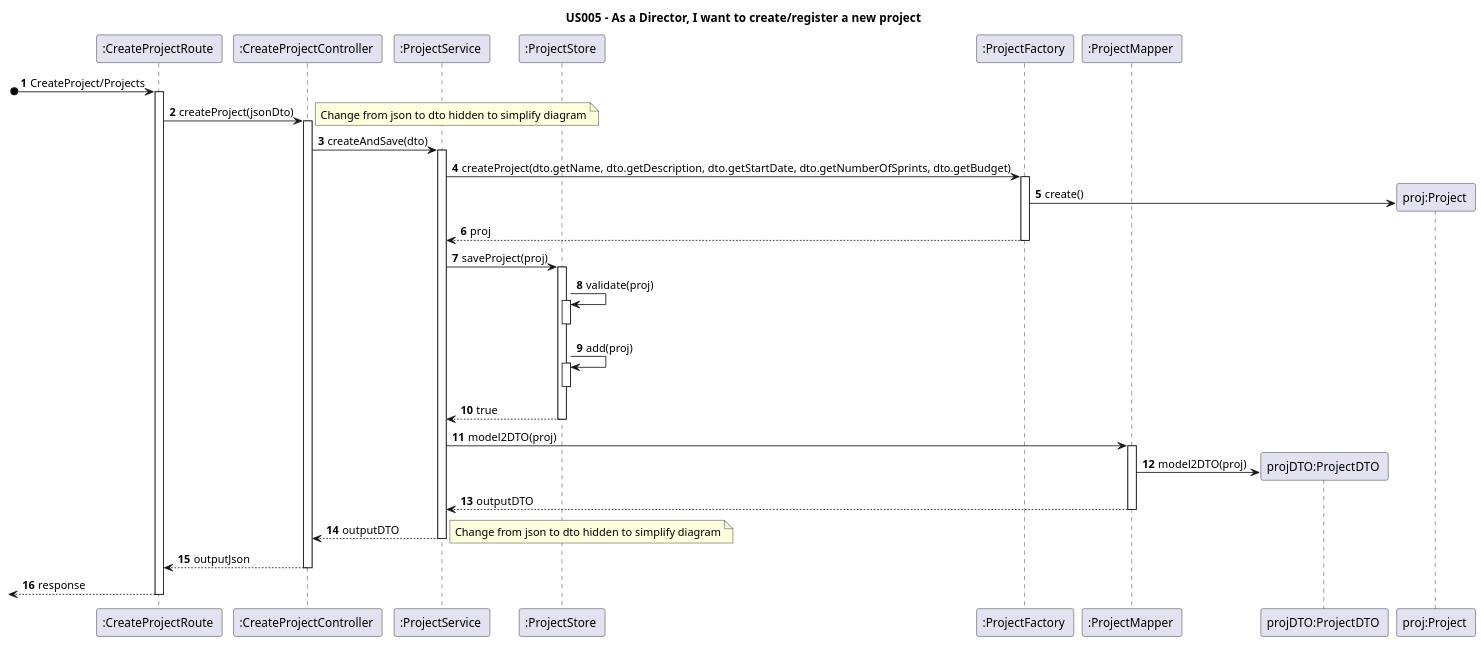
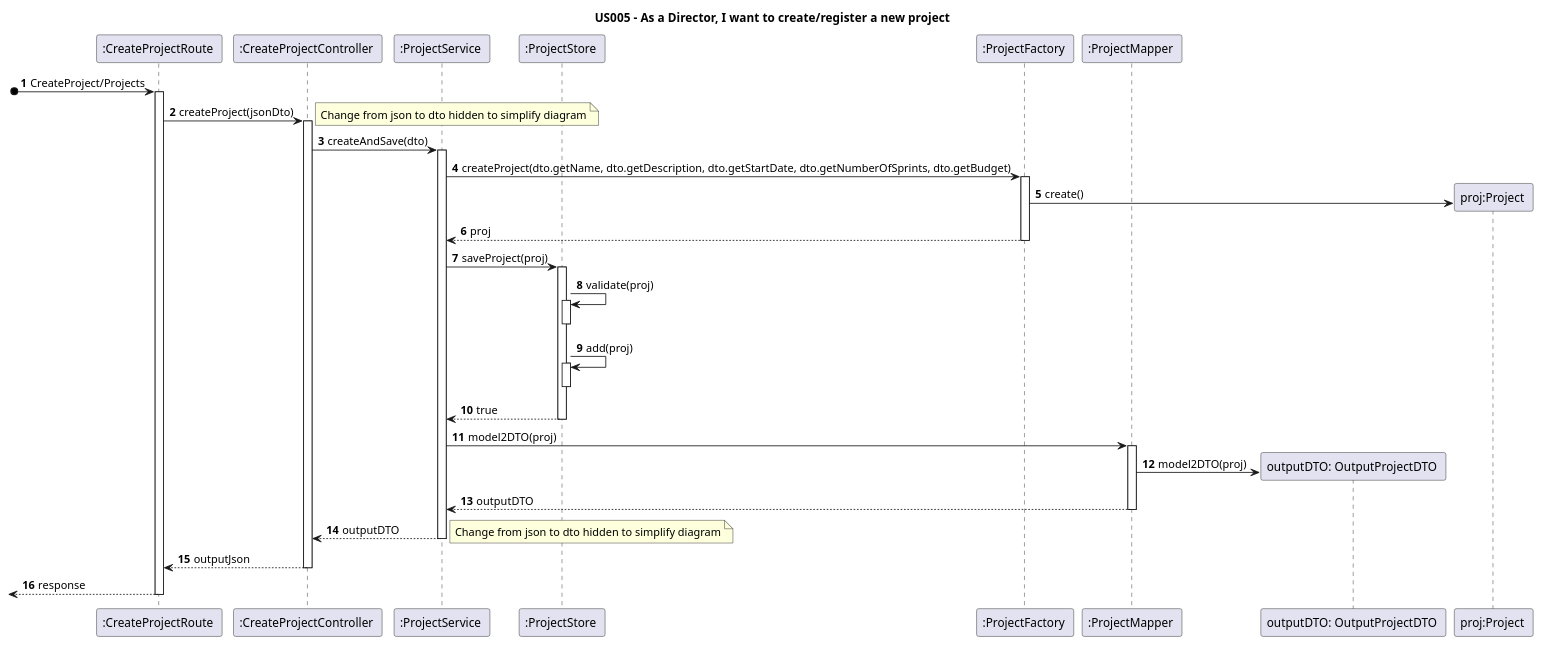
Before and after one commit to nunogon1211787/projectManagement: the diagram in docs/Sprint1/US005/US005-SD.puml, drawn with PlantUML. The commit also changed 5 other files, not shown here.

```diff
--- a/docs/Sprint1/US005/US005-SD.puml
+++ b/docs/Sprint1/US005/US005-SD.puml
@@ -1,58 +1,58 @@
 @startuml
 'https://plantuml.com/class-diagram
 
 title US005 - As a Director, I want to create/register a new project
 
 autoactivate on
 autonumber
 
 
 participant ":CreateProjectRoute " as route
 participant ":CreateProjectController " as controller
 participant ":ProjectService " as service
 participant ":ProjectStore " as store
 participant ":ProjectFactory " as factory
 participant ":ProjectMapper " as mapper
-participant "projDTO:ProjectDTO " as dto
+participant "outputDTO: OutputProjectDTO " as dto
 participant "proj:Project " as project
 
 
 [o->  route: CreateProject/Projects
 route -> controller: createProject(jsonDto)
 
 note right
 Change from json to dto hidden to simplify diagram
 end note
 
 controller -> service: createAndSave(dto)
 service -> factory: createProject(dto.getName, dto.getDescription, dto.getStartDate, dto.getNumberOfSprints, dto.getBudget)
 
 factory -> project**: create()
 
 factory --> service: proj
 
 service -> store: saveProject(proj)
 store -> store: validate(proj)
 deactivate store
 store -> store: add(proj)
 deactivate store
 
 store --> service: true
 
 service -> mapper: model2DTO(proj)
 
 mapper -> dto**: model2DTO(proj)
 
 mapper --> service: outputDTO
 
 service --> controller: outputDTO
 
 note right
 Change from json to dto hidden to simplify diagram
 end note
 
 controller --> route: outputJson
 
 [<-- route: response
 
 @enduml
```
